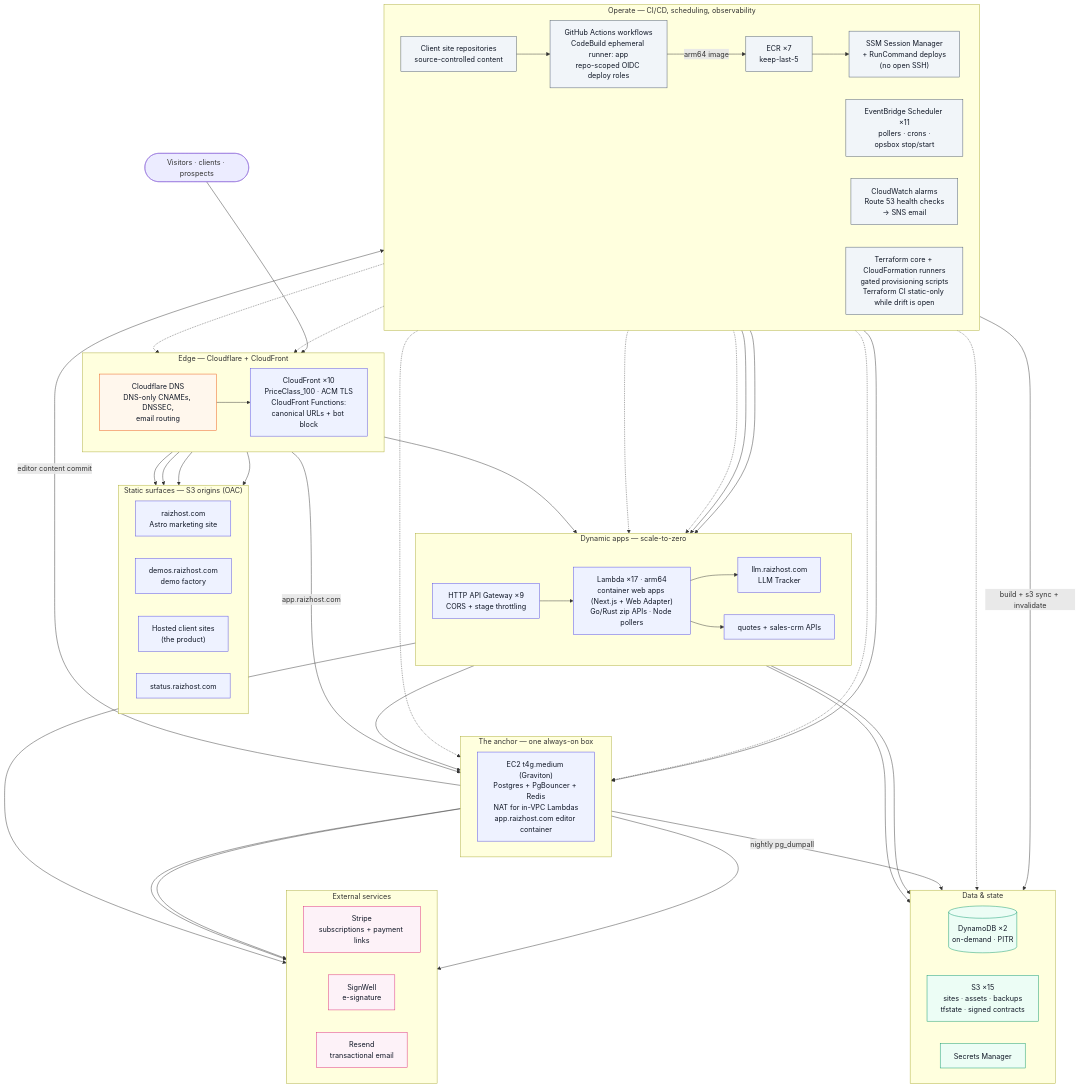
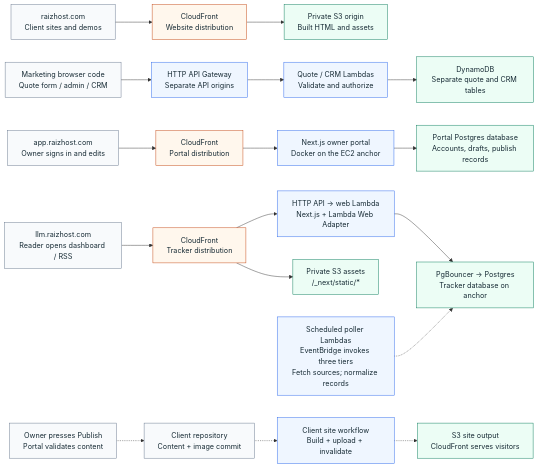
The diagram in diagrams/architecture.mmd (JadenRazo/raizhost-architecture), drawn with Mermaid before and after one commit. The commit also changed 29 other files, not shown here.

Commit message:
docs: clarify RaizHost architecture and application flows (#5)

```diff
--- a/diagrams/architecture.mmd
+++ b/diagrams/architecture.mmd
@@ -1,79 +1,44 @@
-flowchart TB
-  classDef edge fill:#fff7ed,stroke:#ea580c,color:#111827
-  classDef aws fill:#eef2ff,stroke:#4f46e5,color:#111827
-  classDef data fill:#ecfdf5,stroke:#059669,color:#111827
-  classDef saas fill:#fdf2f8,stroke:#db2777,color:#111827
-  classDef ops fill:#f1f5f9,stroke:#475569,color:#111827
-
-  visitors(["Visitors · clients · prospects"])
-
-  subgraph EDGE["Edge — Cloudflare + CloudFront"]
-    direction LR
-    cfdns["Cloudflare DNS<br/>DNS-only CNAMEs, DNSSEC,<br/>email routing"]:::edge
-    cf["CloudFront ×10<br/>PriceClass_100 · ACM TLS<br/>CloudFront Functions:<br/>canonical URLs + bot block"]:::aws
-  end
-
-  subgraph STATIC["Static surfaces — S3 origins (OAC)"]
-    direction LR
-    mkt["raizhost.com<br/>Astro marketing site"]:::aws
-    demos["demos.raizhost.com<br/>demo factory"]:::aws
-    sites["Hosted client sites<br/>(the product)"]:::aws
-    status["status.raizhost.com"]:::aws
-  end
-
-  subgraph APPS["Dynamic apps — scale-to-zero"]
-    direction LR
-    apigw["HTTP API Gateway ×9<br/>CORS + stage throttling"]:::aws
-    lambdas["Lambda ×17 · arm64<br/>container web apps (Next.js + Web Adapter)<br/>Go/Rust zip APIs · Node pollers"]:::aws
-    llm["llm.raizhost.com<br/>LLM Tracker"]:::aws
-    quotes["quotes + sales-crm APIs"]:::aws
-  end
-
-  subgraph ANCHOR["The anchor — one always-on box"]
-    direction LR
-    ec2["EC2 t4g.medium (Graviton)<br/>Postgres + PgBouncer + Redis<br/>NAT for in-VPC Lambdas<br/>app.raizhost.com editor container"]:::aws
-  end
-
-  subgraph DATA["Data & state"]
-    direction LR
-    ddb[("DynamoDB ×2<br/>on-demand · PITR")]:::data
-    s3["S3 ×15<br/>sites · assets · backups<br/>tfstate · signed contracts"]:::data
-    secrets["Secrets Manager"]:::data
-  end
-
-  subgraph OPS["Operate — CI/CD, scheduling, observability"]
-    direction LR
-    siteRepo["Client site repositories<br/>source-controlled content"]:::ops
-    gha["GitHub Actions workflows<br/>CodeBuild ephemeral runner: app<br/>repo-scoped OIDC deploy roles"]:::ops
-    ecr["ECR ×7<br/>keep-last-5"]:::ops
-    ssm["SSM Session Manager<br/>+ RunCommand deploys<br/>(no open SSH)"]:::ops
-    sched["EventBridge Scheduler ×11<br/>pollers · crons ·<br/>opsbox stop/start"]:::ops
-    cw["CloudWatch alarms<br/>Route 53 health checks<br/>→ SNS email"]:::ops
-    tf["Terraform core + CloudFormation runners<br/>gated provisioning scripts<br/>Terraform CI static-only while drift is open"]:::ops
-  end
-
-  subgraph SAAS["External services"]
-    direction LR
-    stripe["Stripe<br/>subscriptions + payment links"]:::saas
-    signwell["SignWell<br/>e-signature"]:::saas
-    resend["Resend<br/>transactional email"]:::saas
-  end
-
-  visitors --> cfdns --> cf
-  cf --> mkt & demos & sites & status
-  cf --> apigw --> lambdas
-  lambdas --> llm & quotes
-  cf -->|"app.raizhost.com"| ec2
-  lambdas --> ec2
-  lambdas --> ddb
-  lambdas --> secrets
-  ec2 -->|"nightly pg_dumpall"| s3
-  ec2 -->|"editor content commit"| siteRepo --> gha
-  sched --> lambdas
-  gha -->|"build + s3 sync + invalidate"| s3
-  gha -->|"arm64 image"| ecr --> ssm --> ec2
-  ecr --> lambdas
-  cw -.-> cf & lambdas & ec2
-  tf -.-> cf & apigw & ec2 & s3
-  ec2 --> stripe & signwell & resend
-  quotes --> resend
+%% Generated by overview.py; edit its shared nodes and edges.
+%% Cloudflare supplies DNS answers; HTTPS goes directly to CloudFront.
+flowchart LR
+  classDef source fill:#f8fafc,stroke:#64748b,color:#172b35
+  classDef edge fill:#fff7ed,stroke:#c2410c,color:#172b35
+  classDef runtime fill:#eff6ff,stroke:#2563eb,color:#172b35
+  classDef data fill:#ecfdf5,stroke:#047857,color:#172b35
+  sites["raizhost.com<br/>Client sites and demos"]:::source
+  site_cf["CloudFront<br/>Website distribution"]:::edge
+  site_s3["Private S3 origin<br/>Built HTML and assets"]:::data
+  forms["Marketing browser code<br/>Quote form / admin / CRM"]:::source
+  quote_api["HTTP API Gateway<br/>Separate API origins"]:::runtime
+  quote_fn["Quote / CRM Lambdas<br/>Validate and authorize"]:::runtime
+  ddb["DynamoDB<br/>Separate quote and CRM tables"]:::data
+  owner["app.raizhost.com<br/>Owner signs in and edits"]:::source
+  app_cf["CloudFront<br/>Portal distribution"]:::edge
+  portal["Next.js owner portal<br/>Docker on the EC2 anchor"]:::runtime
+  editor_db["Portal Postgres database<br/>Accounts, drafts, publish records"]:::data
+  reader["llm.raizhost.com<br/>Reader opens dashboard / RSS"]:::source
+  llm_cf["CloudFront<br/>Tracker distribution"]:::edge
+  web["HTTP API → web Lambda<br/>Next.js + Lambda Web Adapter"]:::runtime
+  tracker_db["PgBouncer → Postgres<br/>Tracker database on anchor"]:::data
+  bundles["Private S3 assets<br/>/_next/static/*"]:::data
+  pollers["Scheduled poller Lambdas<br/>EventBridge invokes three tiers<br/>Fetch sources; normalize records"]:::runtime
+  publish["Owner presses Publish<br/>Portal validates content"]:::source
+  repo["Client repository<br/>Content + image commit"]:::source
+  build["Client site workflow<br/>Build + upload + invalidate"]:::runtime
+  output["S3 site output<br/>CloudFront serves visitors"]:::data
+  sites --> site_cf
+  site_cf --> site_s3
+  forms --> quote_api
+  quote_api --> quote_fn
+  quote_fn --> ddb
+  owner --> app_cf
+  app_cf --> portal
+  portal --> editor_db
+  reader --> llm_cf
+  llm_cf --> web
+  web --> tracker_db
+  publish -.-> repo
+  repo -.-> build
+  build -.-> output
+  llm_cf --> bundles
+  pollers -.-> tracker_db
```
